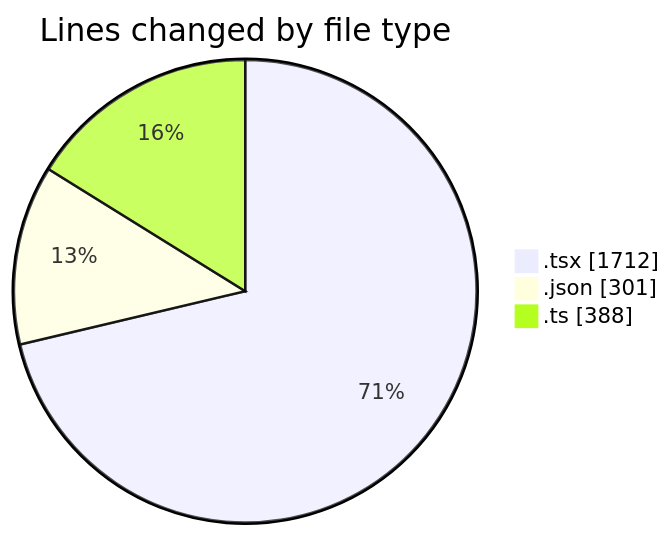
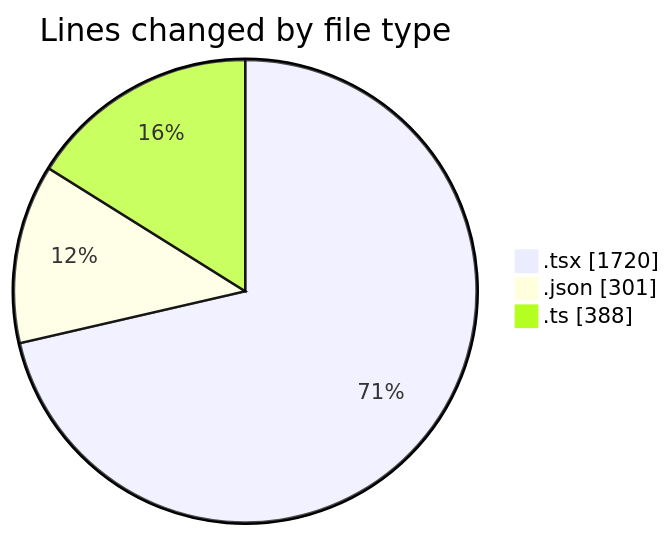
One commit to julien-gomy/code-tracking changed the first of 2 diagrams in 2025-10-11/eventscop-frontend-guide__workspace_/README.md. Above: the diagram before and after it, drawn with Mermaid. The commit also changed other lines of this file and 1 other file, not shown here.

````diff
--- a/2025-10-11/eventscop-frontend-guide__workspace_/README.md
+++ b/2025-10-11/eventscop-frontend-guide__workspace_/README.md
@@ -39,7 +40,7 @@
 ```mermaid
 pie showData
 title Lines changed by file type
-".tsx" : 1712
+".tsx" : 1720
 ".json" : 301
 ".ts" : 388
 ```
````
